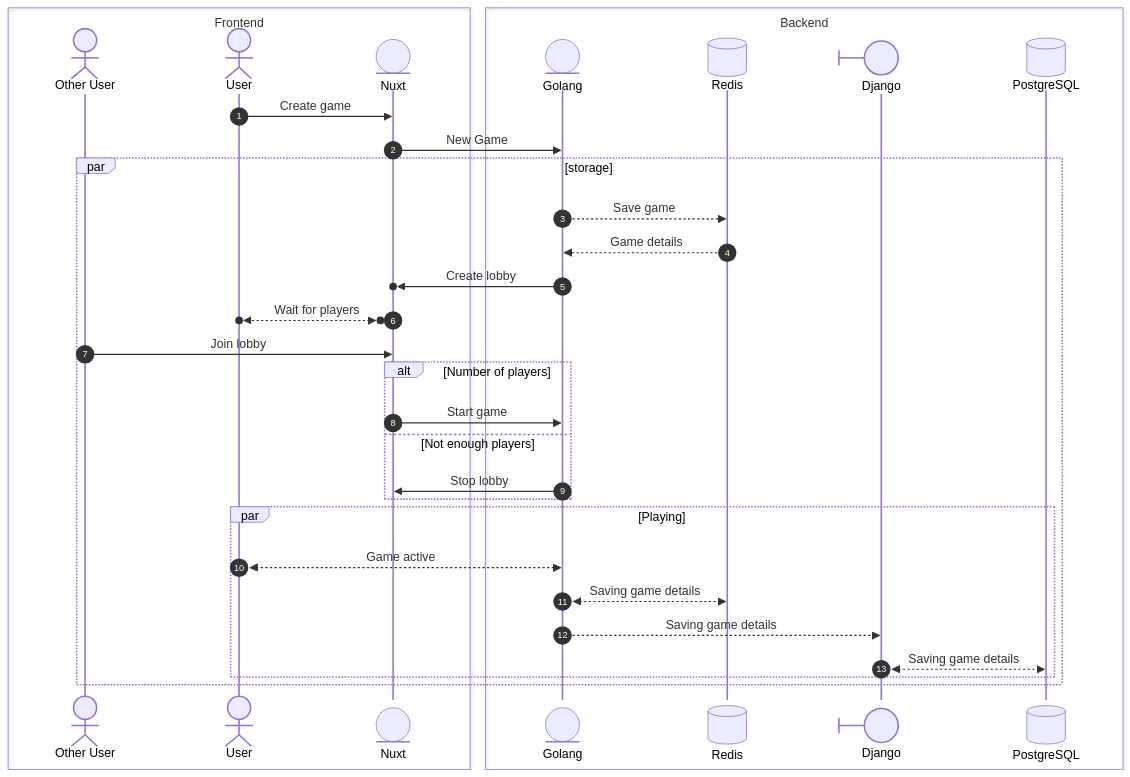
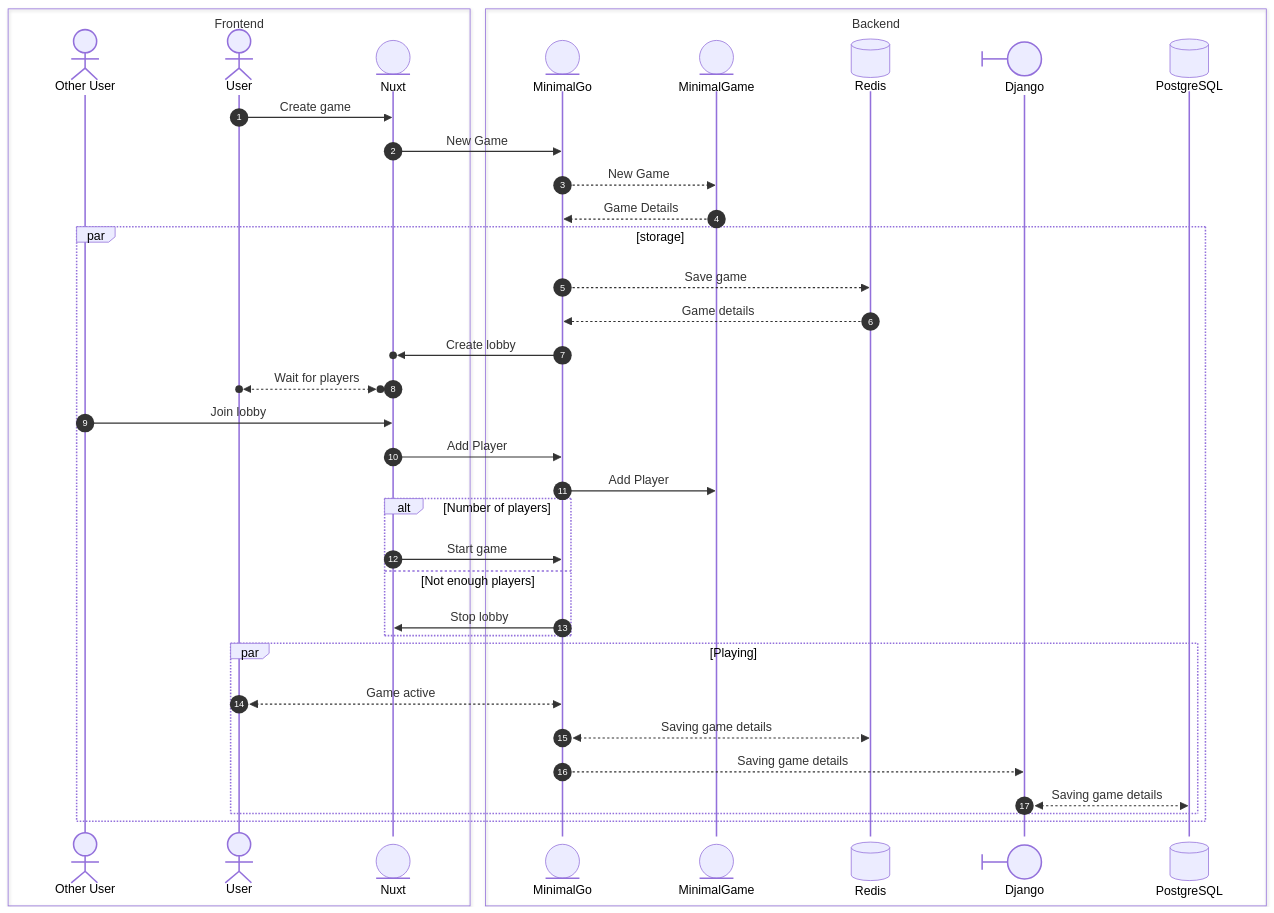
The second of 4 diagrams in docs/ARCHITECTURE.md (Zadigo/myboardgames), drawn with Mermaid before and after one commit. The commit also changed other lines of this file and 11 other files, not shown here.

Commit message:
Refactor architecture and redisDb

````diff
--- a/docs/ARCHITECTURE.md
+++ b/docs/ARCHITECTURE.md
@@ -63,42 +60,47 @@
 ```mermaid
 sequenceDiagram
 autonumber
 
 box Frontend
 actor P as Other User
 actor U as User
 participant N@{type: "entity"} as Nuxt
 end 
 
 box Backend
-participant G@{type: "entity"} as Golang
+participant G@{type: "entity"} as MinimalGo
+participant G2@{type: "entity"} as MinimalGame
 participant R@{type: "database"} as Redis
 participant D@{type: "boundary"} as Django
 participant PG@{type: "database"} as PostgreSQL
 end
 
-U->> N: Create game
-N->> G: New Game
+U->>N: Create game
+N->>G: New Game
+G-->>G2: New Game
+G2-->>G: Game Details
 
 par storage
 G-->>R: Save game
 R-->>G: Game details
 
 G->>()N: Create lobby
 N()<<-->>()U: Wait for players
 P->>N: Join lobby
+N->>G: Add Player
+G->>G2: Add Player
 
 alt Number of players
 N->>G: Start game
 else Not enough players
 G->>N: Stop lobby
 end
 
 par Playing
 U<<-->>G: Game active
 G<<-->>R: Saving game details
 G-->>D: Saving game details
 D<<-->>PG: Saving game details
 end
 end
 ```
````
